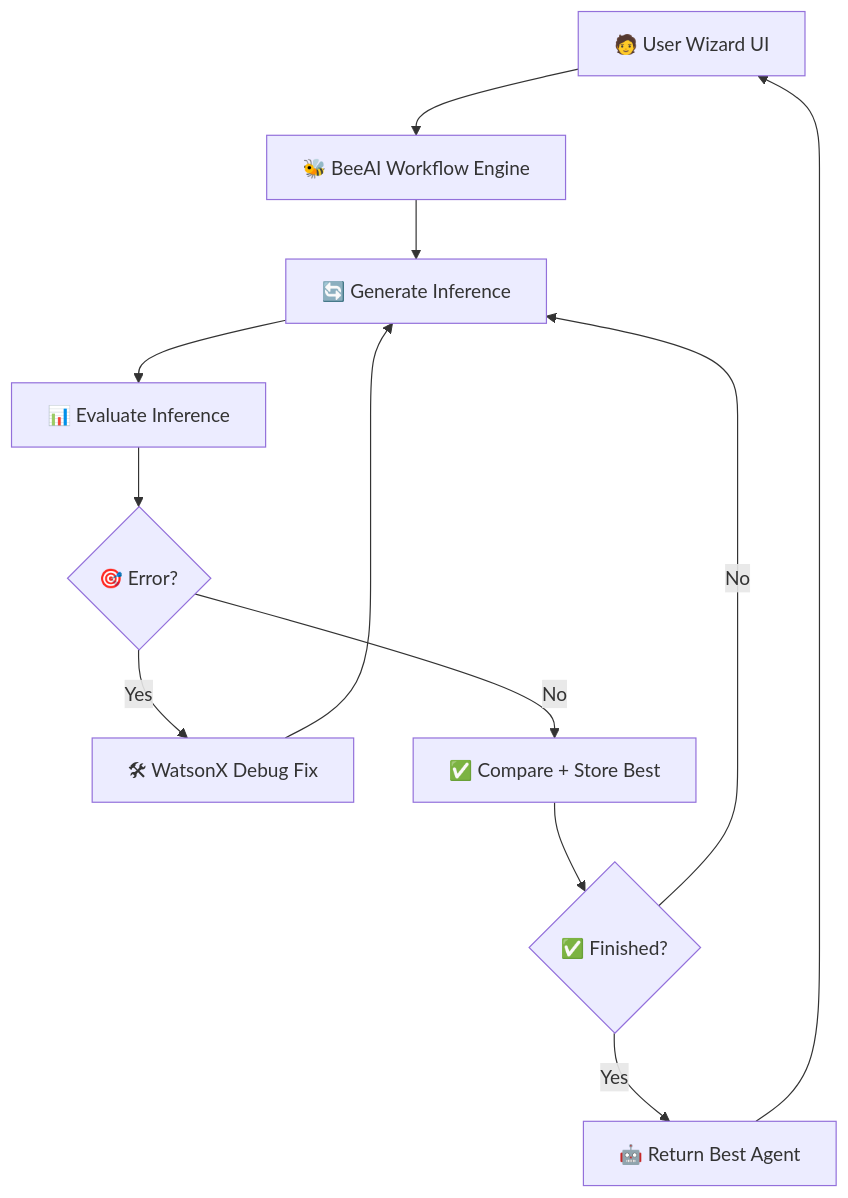
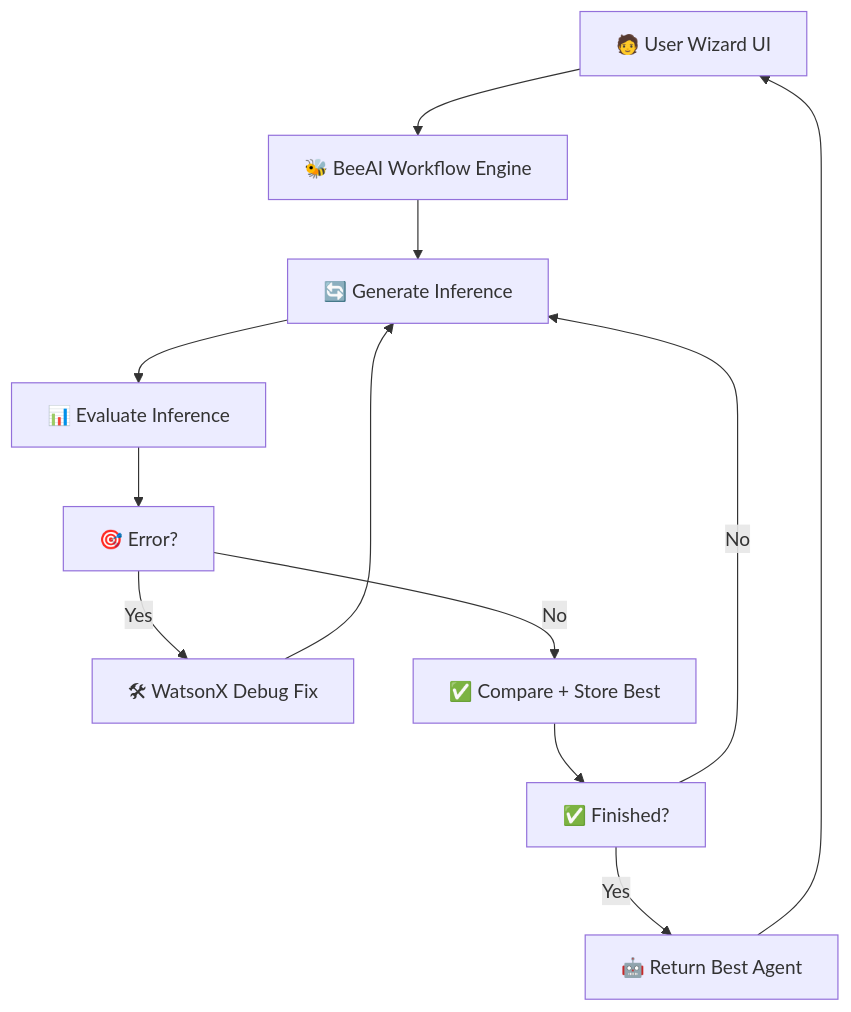
One commit to ruslanmv/watsonx-inference-matcher-beeai changed the diagram in README.md. Above: the diagram before and after it, drawn with Mermaid.

````diff
--- a/README.md
+++ b/README.md
@@ -208,14 +208,14 @@
 ```mermaid
 flowchart TD
     A[🧑 User Wizard UI] --> B[🐝 BeeAI Workflow Engine]
     B --> C[🔄 Generate Inference]
     C --> D[📊 Evaluate Inference]
-    D --> E{🎯 Error?}
+    D --> E[🎯 Error?]
     E -- Yes --> F[🛠 WatsonX Debug Fix]
     F --> C
     E -- No --> G[✅ Compare + Store Best]
-    G --> H{✅ Finished?}
+    G --> H[✅ Finished?]
     H -- No --> C
     H -- Yes --> I[🤖 Return Best Agent]
     I --> A
 ```
````
